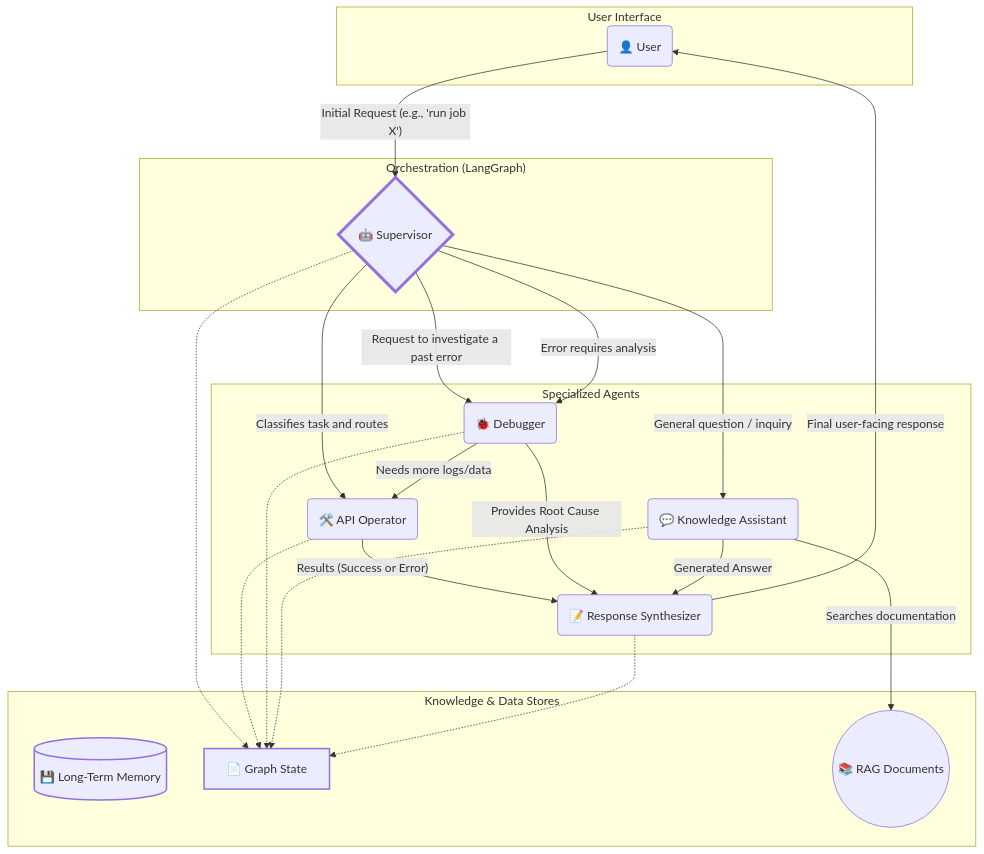
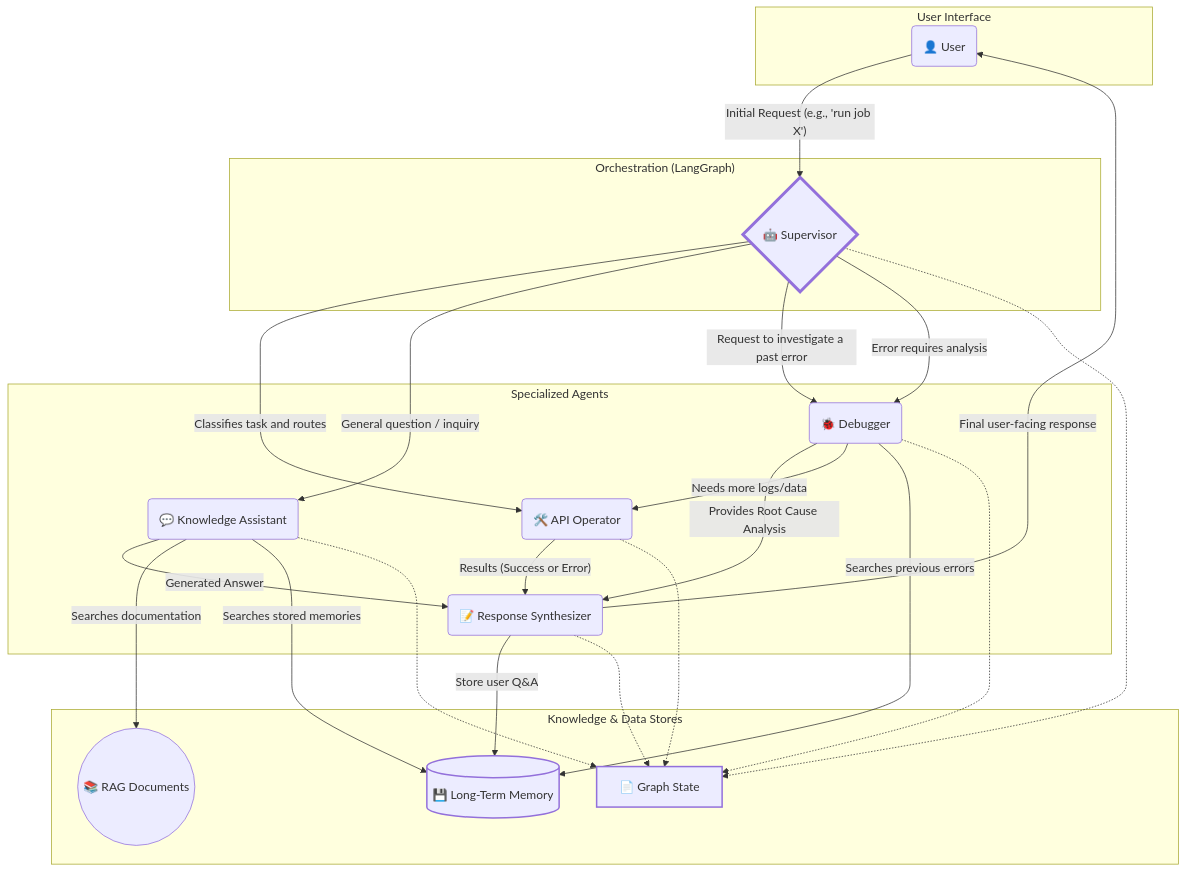
The diagram in architecture.md (juanje/multi-agent-api-debugger), drawn with Mermaid before and after one commit.

Commit message:
docs: updated arquitecture diagram
Refine the architecture diagram by adding the usage of the LTM (Long Term Memory).

````diff
--- a/architecture.md
+++ b/architecture.md
@@ -24,60 +24,63 @@
 ```mermaid
 graph TD  
     subgraph "User Interface"  
         User(👤 User)  
     end
 
     subgraph "Orchestration (LangGraph)"  
         Supervisor{🤖 Supervisor}  
     end
 
     subgraph "Specialized Agents"  
         API_Operator(🛠️ API Operator)  
         Debugger(🐞 Debugger)  
         Knowledge_Assistant(💬 Knowledge Assistant)  
         Response_Synthesizer(📝 Response Synthesizer)  
     end
 
     subgraph "Knowledge & Data Stores"  
         LTM[(💾 Long-Term Memory)]  
         Graph_State[📄 Graph State]  
         RAG_Docs((📚 RAG Documents))  
     end
 
     %% \--- Interaction Flows \---
 
     %% Start of the flow  
     User -->|"Initial Request (e.g., 'run job X')"| Supervisor
 
     %% Supervisor Routing  
     Supervisor -->|"Classifies task and routes"| API_Operator  
     Supervisor -->|"General question / inquiry"| Knowledge_Assistant  
     Supervisor -->|"Request to investigate a past error"| Debugger
 
     %% Job execution flow  
     API_Operator -->|"Results (Success or Error)"| Response_Synthesizer
 
     %% Debugging flow  
     Supervisor -->|"Error requires analysis"| Debugger  
     Debugger -->|"Provides Root Cause Analysis"| Response_Synthesizer  
     Debugger -->|"Needs more logs/data"| API_Operator
+    Debugger -->|"Searches previous errors"| LTM
 
     %% Conversational flow  
     Knowledge_Assistant -->|"Generated Answer"| Response_Synthesizer  
     Knowledge_Assistant -->|"Searches documentation"| RAG_Docs
+    Knowledge_Assistant -->|"Searches stored memories"| LTM
 
     %% Finalization flow  
     Response_Synthesizer -->|"Final user-facing response"| User
+    Response_Synthesizer -->|"Store user Q&A"| LTM
 
     %% State interaction is implicit at every step in the graph  
     Supervisor -.-> Graph_State  
     API_Operator -.-> Graph_State  
     Debugger -.-> Graph_State  
     Knowledge_Assistant -.-> Graph_State  
     Response_Synthesizer -.-> Graph_State
 
     %% Styling for clarity  
     style Supervisor fill:\#ff9,stroke:\#333,stroke-width:4px  
     style LTM fill:\#cff,stroke:\#333,stroke-width:2px  
     style Graph_State fill:\#fcf,stroke:\#333,stroke-width:2px
 ```
````
